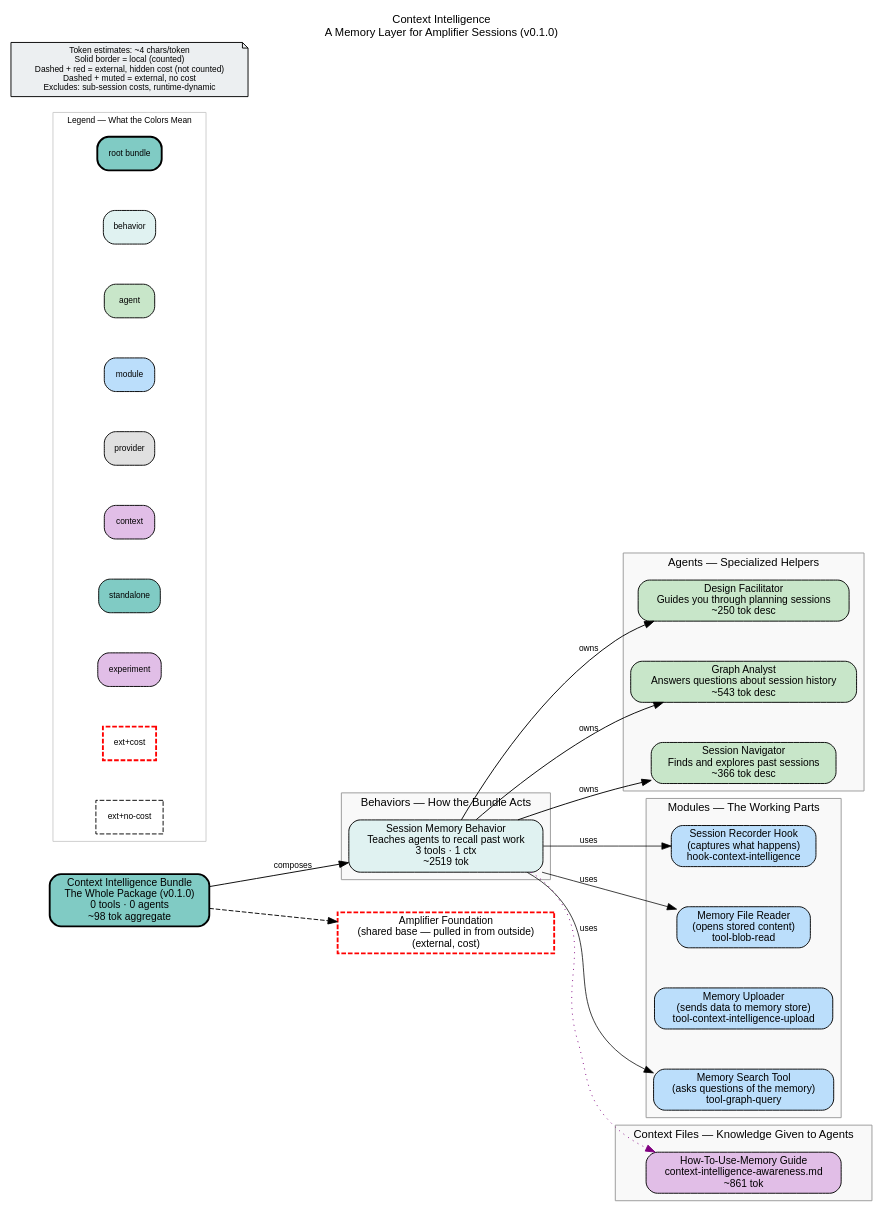
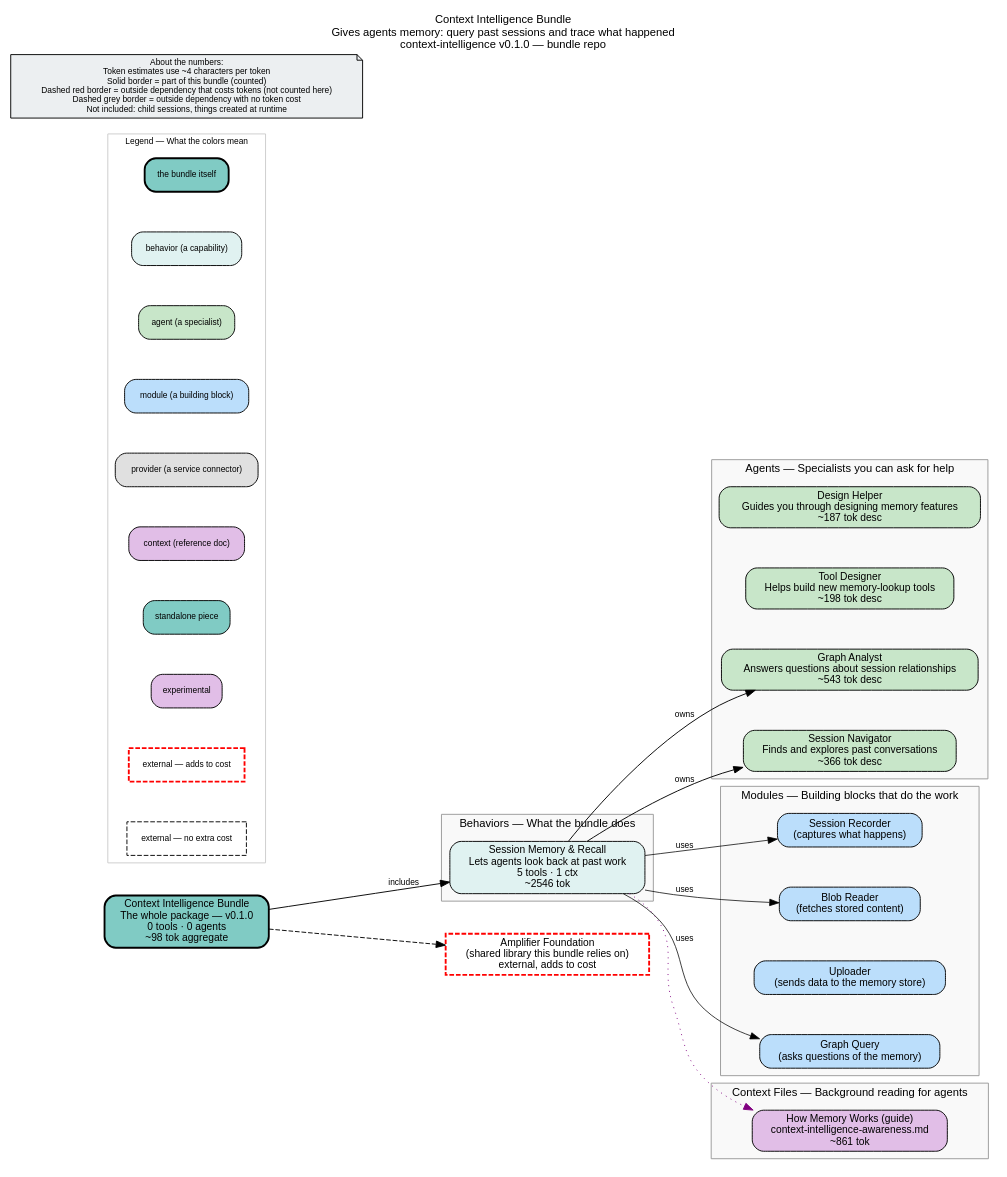
Before and after one commit to microsoft/amplifier-bundle-context-intelligence: the diagram in bundle.dot, drawn with Graphviz. The commit also changed 1 other file, not shown here.

Commit message:
docs: regenerate bundle.dot + bundle.png (post-merge freshness)

```diff
--- a/bundle.dot
+++ b/bundle.dot
@@ -1,92 +1,92 @@
-// Context Intelligence — a bundle that gives Amplifier a memory of past sessions, letting agents query and learn from prior work.
+// The context-intelligence bundle gives agents the ability to query and navigate their own session history and event graph.
 digraph context_intelligence {
     rankdir=LR
     fontname="Helvetica"
     fontsize=12
-    label="Context Intelligence\nA Memory Layer for Amplifier Sessions (v0.1.0)"
+    label="Context Intelligence Bundle\nGives agents memory: query past sessions and trace what happened\ncontext-intelligence v0.1.0 — bundle repo"
     labelloc=t
     labeljust=c
     nodesep=0.6
     ranksep=0.7
     bgcolor="white"
-    source_hash="07ebeabdf3c0c81a31b7e56b096713b660894f454c6b037bbaef4b963d022e73"
+    source_hash="9cc42069e0398d54a1971daa847097e45923235fff508d385f6ca707ea2dbeee"
 
     node [fontname="Helvetica", fontsize=11, style="filled,rounded"]
     edge [fontname="Helvetica", fontsize=9]
 
-    root_context_intelligence [label="Context Intelligence Bundle\nThe Whole Package (v0.1.0)\n0 tools · 0 agents\n~98 tok aggregate", shape=box, fillcolor="#80cbc4", style="filled,rounded,bold", penwidth=2]
+    root_context_intelligence [label="Context Intelligence Bundle\nThe whole package — v0.1.0\n0 tools · 0 agents\n~98 tok aggregate", shape=box, fillcolor="#80cbc4", style="filled,rounded,bold", penwidth=2]
 
     subgraph cluster_behaviors {
-        label="Behaviors — How the Bundle Acts"
+        label="Behaviors — What the bundle does"
         style="filled"
         fillcolor="#f9f9f9"
         color="#999999"
 
-        beh_context_intelligence_behavior [label="Session Memory Behavior\nTeaches agents to recall past work\n3 tools · 1 ctx\n~2519 tok", shape=box, fillcolor="#e0f2f1", style="filled,rounded"]
+        beh_context_intelligence_behavior [label="Session Memory & Recall\nLets agents look back at past work\n5 tools · 1 ctx\n~2546 tok", shape=box, fillcolor="#e0f2f1", style="filled,rounded"]
     }
 
     subgraph cluster_agents {
-        label="Agents — Specialized Helpers"
+        label="Agents — Specialists you can ask for help"
         style="filled"
         fillcolor="#f9f9f9"
         color="#999999"
 
-        agt_context_intelligence_design_facilitator [label="Design Facilitator\nGuides you through planning sessions\n~250 tok desc", shape=box, fillcolor="#c8e6c9", style="filled,rounded"]
-        agt_graph_analyst [label="Graph Analyst\nAnswers questions about session history\n~543 tok desc", shape=box, fillcolor="#c8e6c9", style="filled,rounded"]
-        agt_session_navigator [label="Session Navigator\nFinds and explores past sessions\n~366 tok desc", shape=box, fillcolor="#c8e6c9", style="filled,rounded"]
+        agt_context_intelligence_design_facilitator [label="Design Helper\nGuides you through designing memory features\n~187 tok desc", shape=box, fillcolor="#c8e6c9", style="filled,rounded"]
+        agt_context_intelligence_tool_designer [label="Tool Designer\nHelps build new memory-lookup tools\n~198 tok desc", shape=box, fillcolor="#c8e6c9", style="filled,rounded"]
+        agt_graph_analyst [label="Graph Analyst\nAnswers questions about session relationships\n~543 tok desc", shape=box, fillcolor="#c8e6c9", style="filled,rounded"]
+        agt_session_navigator [label="Session Navigator\nFinds and explores past conversations\n~366 tok desc", shape=box, fillcolor="#c8e6c9", style="filled,rounded"]
     }
 
     subgraph cluster_modules {
-        label="Modules — The Working Parts"
+        label="Modules — Building blocks that do the work"
         style="filled"
         fillcolor="#f9f9f9"
         color="#999999"
 
-        mod_hook_context_intelligence [label="Session Recorder Hook\n(captures what happens)\nhook-context-intelligence", shape=box, fillcolor="#bbdefb", style="filled,rounded"]
-        mod_tool_blob_read [label="Memory File Reader\n(opens stored content)\ntool-blob-read", shape=box, fillcolor="#bbdefb", style="filled,rounded"]
-        mod_tool_context_intelligence_upload [label="Memory Uploader\n(sends data to memory store)\ntool-context-intelligence-upload", shape=box, fillcolor="#bbdefb", style="filled,rounded"]
-        mod_tool_graph_query [label="Memory Search Tool\n(asks questions of the memory)\ntool-graph-query", shape=box, fillcolor="#bbdefb", style="filled,rounded"]
+        mod_hook_context_intelligence [label="Session Recorder\n(captures what happens)", shape=box, fillcolor="#bbdefb", style="filled,rounded"]
+        mod_tool_blob_read [label="Blob Reader\n(fetches stored content)", shape=box, fillcolor="#bbdefb", style="filled,rounded"]
+        mod_tool_context_intelligence_upload [label="Uploader\n(sends data to the memory store)", shape=box, fillcolor="#bbdefb", style="filled,rounded"]
+        mod_tool_graph_query [label="Graph Query\n(asks questions of the memory)", shape=box, fillcolor="#bbdefb", style="filled,rounded"]
     }
 
     subgraph cluster_context {
-        label="Context Files — Knowledge Given to Agents"
+        label="Context Files — Background reading for agents"
         style="filled"
         fillcolor="#f9f9f9"
         color="#999999"
 
-        ctx_context_intelligence_awareness_md [label="How-To-Use-Memory Guide\ncontext-intelligence-awareness.md\n~861 tok", shape=box, fillcolor="#e1bee7", style="filled,rounded"]
+        ctx_context_intelligence_awareness_md [label="How Memory Works (guide)\ncontext-intelligence-awareness.md\n~861 tok", shape=box, fillcolor="#e1bee7", style="filled,rounded"]
     }
 
     subgraph cluster_legend {
-        label="Legend — What the Colors Mean"
+        label="Legend — What the colors mean"
         style="filled"
         fillcolor="white"
         color="#cccccc"
         fontsize=9
 
-        leg_root [label="root bundle", shape=box, fillcolor="#80cbc4", style="filled,rounded,bold", fontsize=9]
-        leg_behavior [label="behavior", shape=box, fillcolor="#e0f2f1", style="filled,rounded", fontsize=9]
-        leg_agent [label="agent", shape=box, fillcolor="#c8e6c9", style="filled,rounded", fontsize=9]
-        leg_module [label="module", shape=box, fillcolor="#bbdefb", style="filled,rounded", fontsize=9]
-        leg_provider [label="provider", shape=box, fillcolor="#e0e0e0", style="filled,rounded", fontsize=9]
-        leg_context [label="context", shape=box, fillcolor="#e1bee7", style="filled,rounded", fontsize=9]
-        leg_standalone [label="standalone", shape=box, fillcolor="#80cbc4", style="filled,rounded", fontsize=9]
-        leg_experiment [label="experiment", shape=box, fillcolor="#e1bee7", style="filled,rounded", fontsize=9]
-        leg_ext_cost [label="ext+cost", shape=box, fillcolor="#80cbc4", style="dashed", color="red", penwidth=2, fontsize=9]
-        leg_ext_muted [label="ext+no-cost", shape=box, fillcolor="#f5f5f5", style="dashed", fontsize=9]
+        leg_root [label="the bundle itself", shape=box, fillcolor="#80cbc4", style="filled,rounded,bold", fontsize=9]
+        leg_behavior [label="behavior (a capability)", shape=box, fillcolor="#e0f2f1", style="filled,rounded", fontsize=9]
+        leg_agent [label="agent (a specialist)", shape=box, fillcolor="#c8e6c9", style="filled,rounded", fontsize=9]
+        leg_module [label="module (a building block)", shape=box, fillcolor="#bbdefb", style="filled,rounded", fontsize=9]
+        leg_provider [label="provider (a service connector)", shape=box, fillcolor="#e0e0e0", style="filled,rounded", fontsize=9]
+        leg_context [label="context (reference doc)", shape=box, fillcolor="#e1bee7", style="filled,rounded", fontsize=9]
+        leg_standalone [label="standalone piece", shape=box, fillcolor="#80cbc4", style="filled,rounded", fontsize=9]
+        leg_experiment [label="experimental", shape=box, fillcolor="#e1bee7", style="filled,rounded", fontsize=9]
+        leg_ext_cost [label="external — adds to cost", shape=box, fillcolor="#80cbc4", style="dashed", color="red", penwidth=2, fontsize=9]
+        leg_ext_muted [label="external — no extra cost", shape=box, fillcolor="#f5f5f5", style="dashed", fontsize=9]
     }
 
-    disclaimer [label="Token estimates: ~4 chars/token\nSolid border = local (counted)\nDashed + red = external, hidden cost (not counted)\nDashed + muted = external, no cost\nExcludes: sub-session costs, runtime-dynamic", shape=note, fillcolor="#eceff1", style="filled", fontsize=9]
+    disclaimer [label="About the numbers:\nToken estimates use ~4 characters per token\nSolid border = part of this bundle (counted)\nDashed red border = outside dependency that costs tokens (not counted here)\nDashed grey border = outside dependency with no token cost\nNot included: child sessions, things created at runtime", shape=note, fillcolor="#eceff1", style="filled", fontsize=9]
 
-    ext_githttps___github_com_microsoft_amplifier_foundation_main [label="Amplifier Foundation\n(shared base — pulled in from outside)\n(external, cost)", shape=box, fillcolor="#80cbc4", style="dashed", color="red", penwidth=2]
+    ext_githttps___github_com_microsoft_amplifier_foundation_main [label="Amplifier Foundation\n(shared library this bundle relies on)\nexternal, adds to cost", shape=box, fillcolor="#80cbc4", style="dashed", color="red", penwidth=2]
 
     root_context_intelligence -> ext_githttps___github_com_microsoft_amplifier_foundation_main [style=dashed]
-    root_context_intelligence -> beh_context_intelligence_behavior [label="composes"]
+    root_context_intelligence -> beh_context_intelligence_behavior [label="includes"]
     beh_context_intelligence_behavior -> agt_graph_analyst [label="owns"]
     beh_context_intelligence_behavior -> agt_session_navigator [label="owns"]
-    beh_context_intelligence_behavior -> agt_context_intelligence_design_facilitator [label="owns"]
     beh_context_intelligence_behavior -> mod_tool_graph_query [label="uses", penwidth=0.8]
     beh_context_intelligence_behavior -> mod_tool_blob_read [label="uses", penwidth=0.8]
     beh_context_intelligence_behavior -> mod_hook_context_intelligence [label="uses", penwidth=0.8]
     beh_context_intelligence_behavior -> ctx_context_intelligence_awareness_md [style=dotted, color=purple]
 }
```
